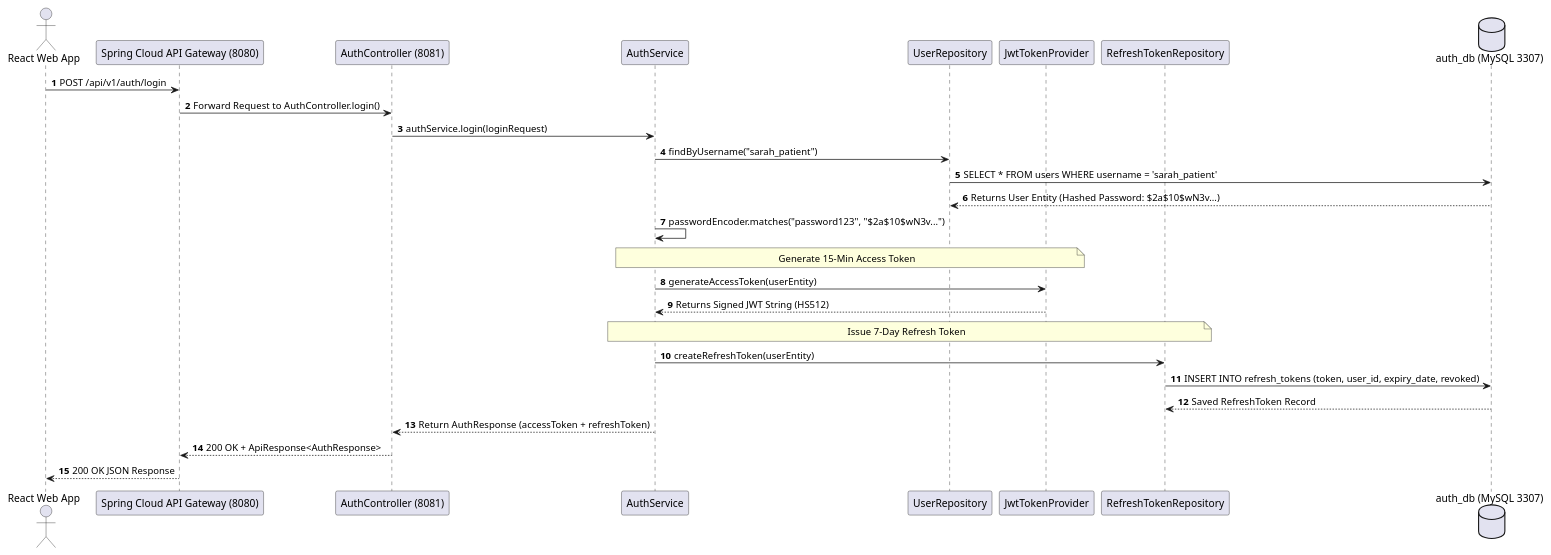
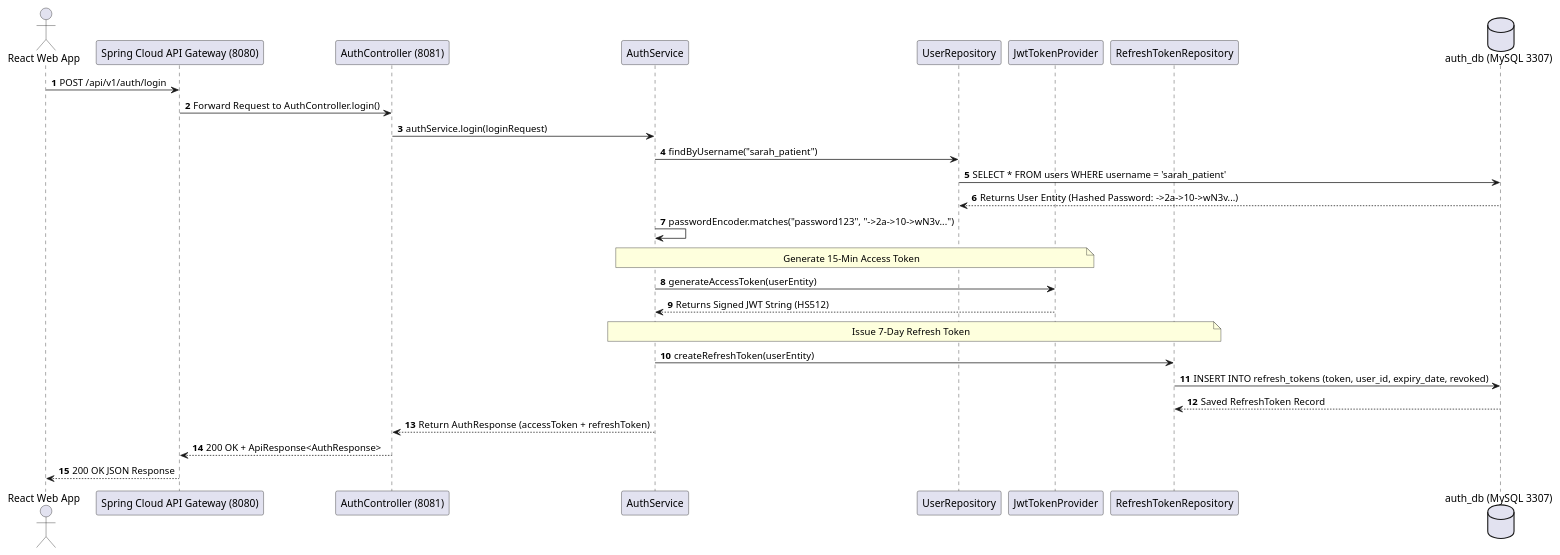
One commit to mamidi-santhosh/hospital-management changed the third of 3 diagrams in docs/learning_series/Day_01_Auth_Register_and_Login_APIs.md. Above: the diagram before and after it, drawn with PlantUML. The commit also changed other lines of this file and 6 other files, not shown here.

````diff
--- a/docs/learning_series/Day_01_Auth_Register_and_Login_APIs.md
+++ b/docs/learning_series/Day_01_Auth_Register_and_Login_APIs.md
@@ -289,30 +290,30 @@
 ```plantuml
 @startuml
 autonumber
 actor Client as "React Web App"
 participant GW as "Spring Cloud API Gateway (8080)"
 participant CTRL as "AuthController (8081)"
 participant SVC as "AuthService"
 participant REPO as "UserRepository"
 participant JWT as "JwtTokenProvider"
 participant REF_REPO as "RefreshTokenRepository"
 database DB as "auth_db (MySQL 3307)"
 Client -> GW: POST /api/v1/auth/login
 GW -> CTRL: Forward Request to AuthController.login()
 CTRL -> SVC: authService.login(loginRequest)
 SVC -> REPO: findByUsername("sarah_patient")
 REPO -> DB: SELECT * FROM users WHERE username = 'sarah_patient'
-DB --> REPO: Returns User Entity (Hashed Password: $2a$10$wN3v...)
-SVC -> SVC: passwordEncoder.matches("password123", "$2a$10$wN3v...")
+DB --> REPO: Returns User Entity (Hashed Password: ->2a->10->wN3v...)
+SVC -> SVC: passwordEncoder.matches("password123", "->2a->10->wN3v...")
 note over SVC, JWT: Generate 15-Min Access Token
 SVC -> JWT: generateAccessToken(userEntity)
 JWT --> SVC: Returns Signed JWT String (HS512)
 note over SVC, REF_REPO: Issue 7-Day Refresh Token
 SVC -> REF_REPO: createRefreshToken(userEntity)
 REF_REPO -> DB: INSERT INTO refresh_tokens (token, user_id, expiry_date, revoked)
 DB --> REF_REPO: Saved RefreshToken Record
 SVC --> CTRL: Return AuthResponse (accessToken + refreshToken)
 CTRL --> GW: 200 OK + ApiResponse<AuthResponse>
 GW --> Client: 200 OK JSON Response
 @enduml
 ```
````
